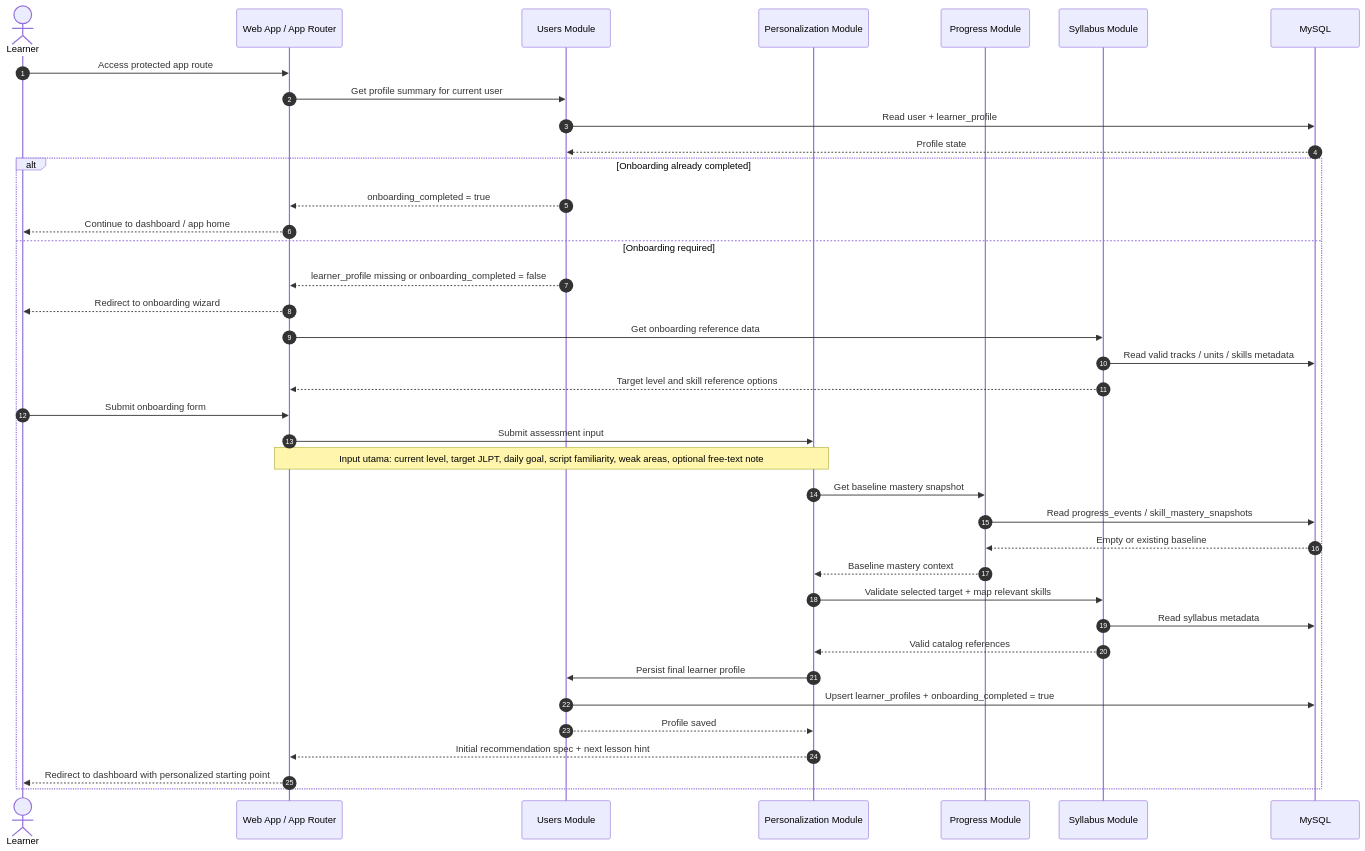
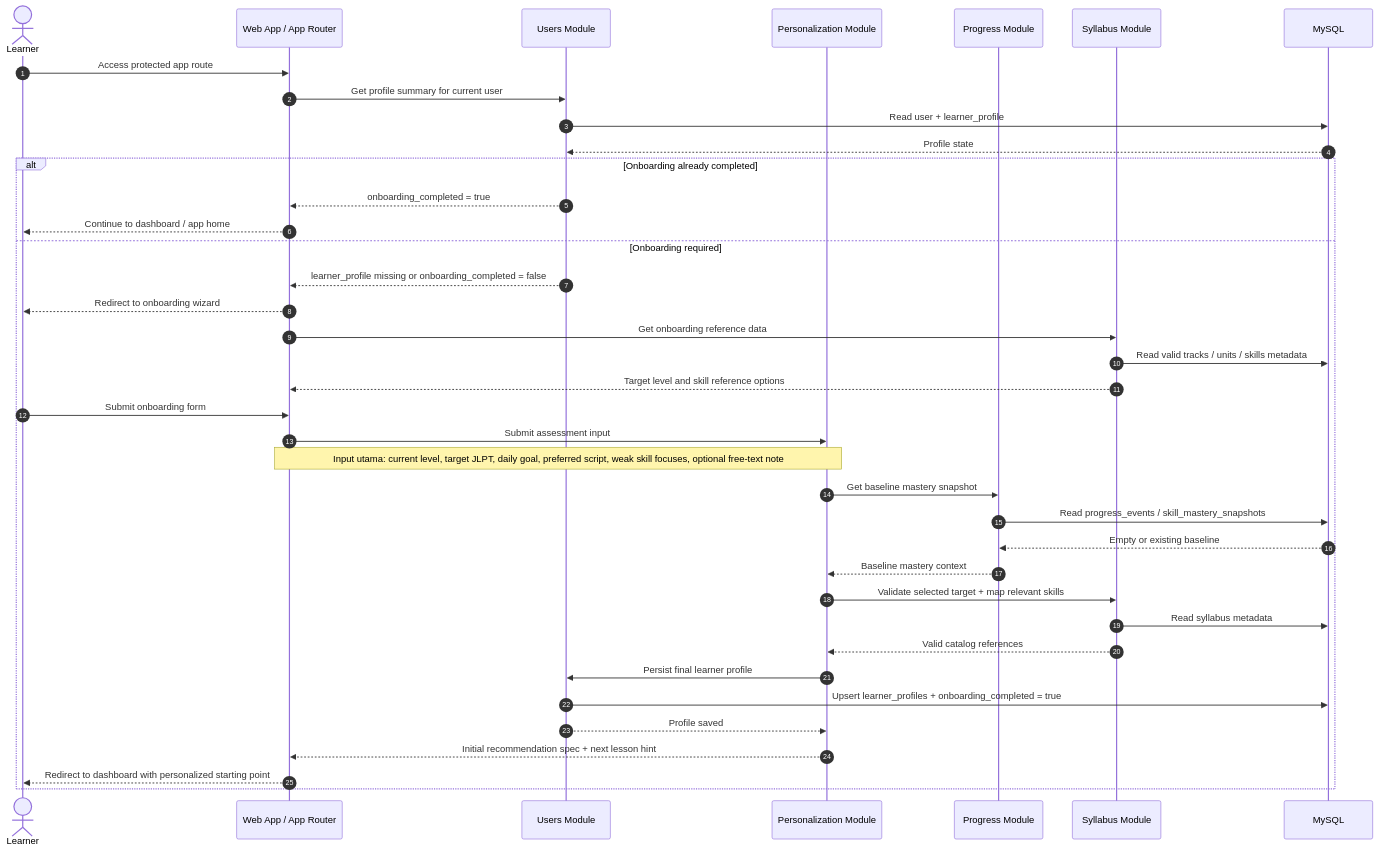
The diagram in docs/sequence-diagram/onboarding-personalization.md (bpkcongli/kotoba-hub), drawn with Mermaid before and after one commit. The commit also changed other lines of this file and 17 other files, not shown here.

First line of the commit message:
docs: update app name from kotoba-flow to kotoba-hub

````diff
--- a/docs/sequence-diagram/onboarding-personalization.md
+++ b/docs/sequence-diagram/onboarding-personalization.md
@@ -11,48 +11,48 @@
 ```mermaid
 sequenceDiagram
     autonumber
     actor Learner
     participant App as Web App / App Router
     participant Users as Users Module
     participant Personalization as Personalization Module
     participant Progress as Progress Module
     participant Syllabus as Syllabus Module
     participant DB as MySQL
 
     Learner->>App: Access protected app route
     App->>Users: Get profile summary for current user
     Users->>DB: Read user + learner_profile
     DB-->>Users: Profile state
 
     alt Onboarding already completed
         Users-->>App: onboarding_completed = true
         App-->>Learner: Continue to dashboard / app home
     else Onboarding required
         Users-->>App: learner_profile missing or onboarding_completed = false
         App-->>Learner: Redirect to onboarding wizard
 
         App->>Syllabus: Get onboarding reference data
         Syllabus->>DB: Read valid tracks / units / skills metadata
         Syllabus-->>App: Target level and skill reference options
 
         Learner->>App: Submit onboarding form
         App->>Personalization: Submit assessment input
-        Note over App,Personalization: Input utama: current level, target JLPT, daily goal, script familiarity, weak areas, optional free-text note
+        Note over App,Personalization: Input utama: current level, target JLPT, daily goal, preferred script, weak skill focuses, optional free-text note
 
         Personalization->>Progress: Get baseline mastery snapshot
         Progress->>DB: Read progress_events / skill_mastery_snapshots
         DB-->>Progress: Empty or existing baseline
         Progress-->>Personalization: Baseline mastery context
 
         Personalization->>Syllabus: Validate selected target + map relevant skills
         Syllabus->>DB: Read syllabus metadata
         Syllabus-->>Personalization: Valid catalog references
 
         Personalization->>Users: Persist final learner profile
         Users->>DB: Upsert learner_profiles + onboarding_completed = true
         Users-->>Personalization: Profile saved
 
         Personalization-->>App: Initial recommendation spec + next lesson hint
         App-->>Learner: Redirect to dashboard with personalized starting point
     end
 ```
````
